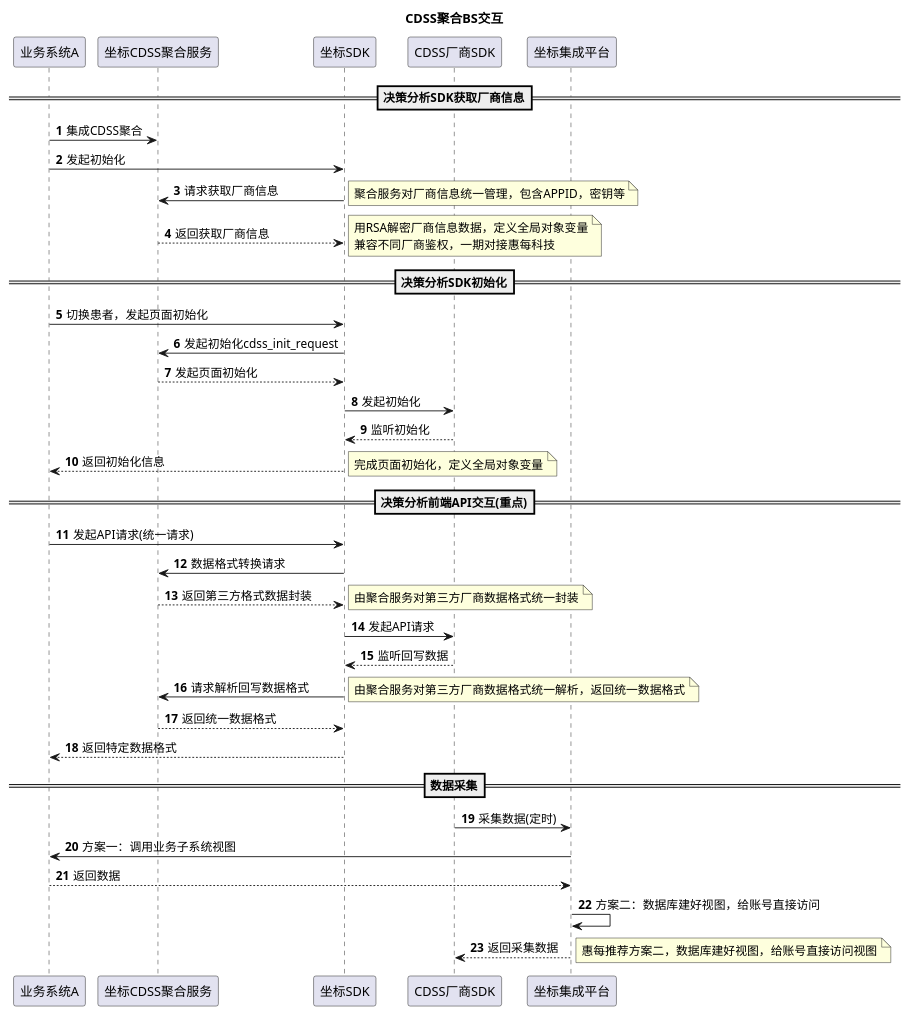
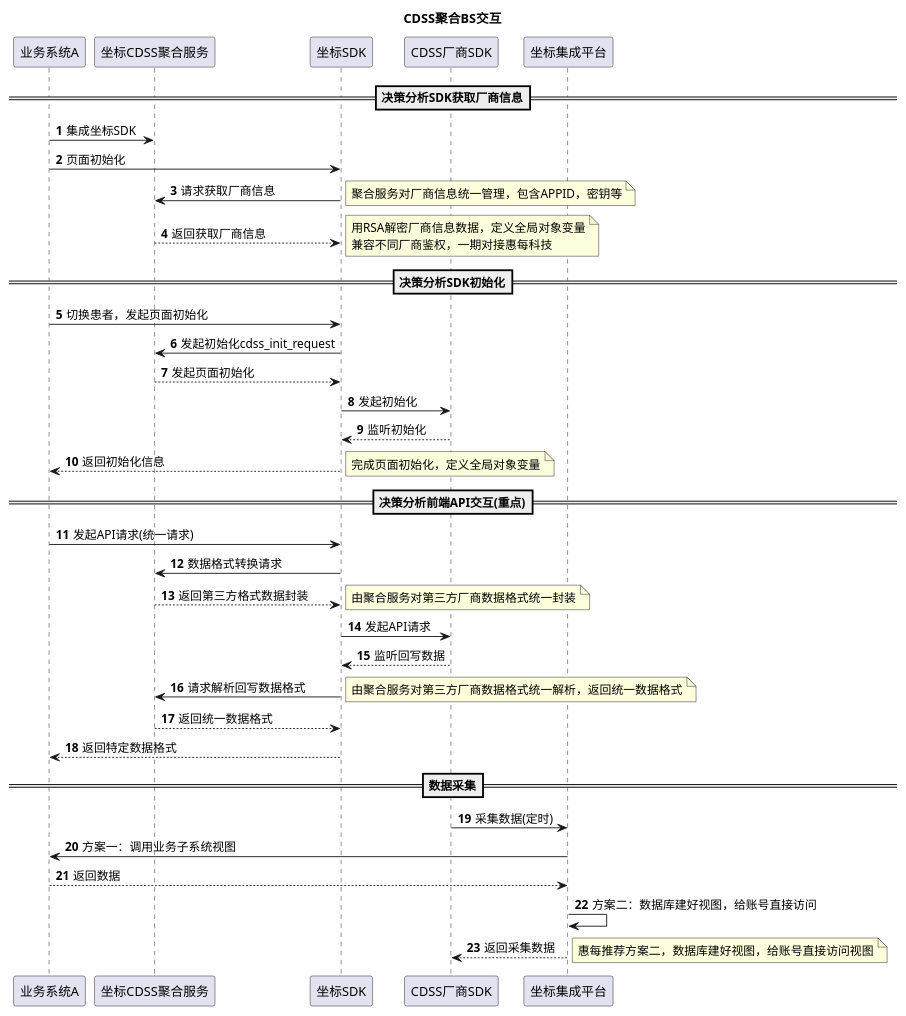
The diagram in uml/cnhis/CDSS聚合交互.puml (aoheng/PlantUML), drawn with PlantUML before and after one commit.

Commit message:
feat: cdss知识库

```diff
--- a/uml/cnhis/CDSS聚合交互.puml
+++ b/uml/cnhis/CDSS聚合交互.puml
@@ -1,57 +1,57 @@
 @startuml
 'https://plantuml.com/sequence-diagram
 title CDSS聚合BS交互
 autonumber
 
 ==决策分析SDK获取厂商信息==
-业务系统A -> 坐标CDSS聚合服务: 集成CDSS聚合
-业务系统A -> 坐标SDK: 发起初始化
+业务系统A -> 坐标CDSS聚合服务: 集成坐标SDK
+业务系统A -> 坐标SDK: 页面初始化
 坐标SDK -> 坐标CDSS聚合服务: 请求获取厂商信息
 note right
 聚合服务对厂商信息统一管理，包含APPID，密钥等
 end note
 坐标SDK <-- 坐标CDSS聚合服务: 返回获取厂商信息
 note right
 用RSA解密厂商信息数据，定义全局对象变量
 兼容不同厂商鉴权，一期对接惠每科技
 end note
 
 ==决策分析SDK初始化==
 业务系统A ->坐标SDK: 切换患者，发起页面初始化
 坐标SDK -> 坐标CDSS聚合服务:发起初始化cdss_init_request
 坐标SDK <-- 坐标CDSS聚合服务:发起页面初始化
 坐标SDK -> CDSS厂商SDK:发起初始化
 坐标SDK <-- CDSS厂商SDK:监听初始化
 业务系统A <-- 坐标SDK:返回初始化信息
 note right
 完成页面初始化，定义全局对象变量
 end note
 
 
 ==决策分析前端API交互(重点)==
 业务系统A ->坐标SDK: 发起API请求(统一请求)
 坐标SDK ->坐标CDSS聚合服务: 数据格式转换请求
 坐标CDSS聚合服务 -->坐标SDK: 返回第三方格式数据封装
 note right
 由聚合服务对第三方厂商数据格式统一封装
 end note
 坐标SDK ->CDSS厂商SDK: 发起API请求
 坐标SDK <--CDSS厂商SDK: 监听回写数据
 坐标CDSS聚合服务 <- 坐标SDK:请求解析回写数据格式
 note right
 由聚合服务对第三方厂商数据格式统一解析，返回统一数据格式
 end note
 坐标CDSS聚合服务 --> 坐标SDK:返回统一数据格式
 业务系统A <-- 坐标SDK:返回特定数据格式
 
 
 ==数据采集==
 CDSS厂商SDK ->坐标集成平台:采集数据(定时)
 坐标集成平台 ->业务系统A:方案一：调用业务子系统视图
 业务系统A --> 坐标集成平台: 返回数据
 坐标集成平台 ->坐标集成平台:方案二：数据库建好视图，给账号直接访问
 CDSS厂商SDK <--坐标集成平台: 返回采集数据
 note right
 惠每推荐方案二，数据库建好视图，给账号直接访问视图
 end note
 @enduml
```
